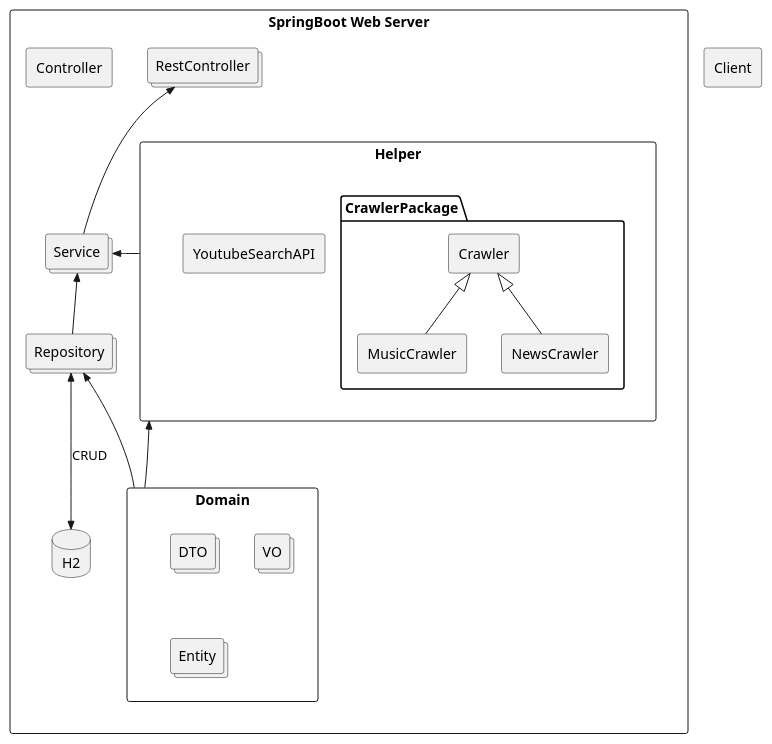
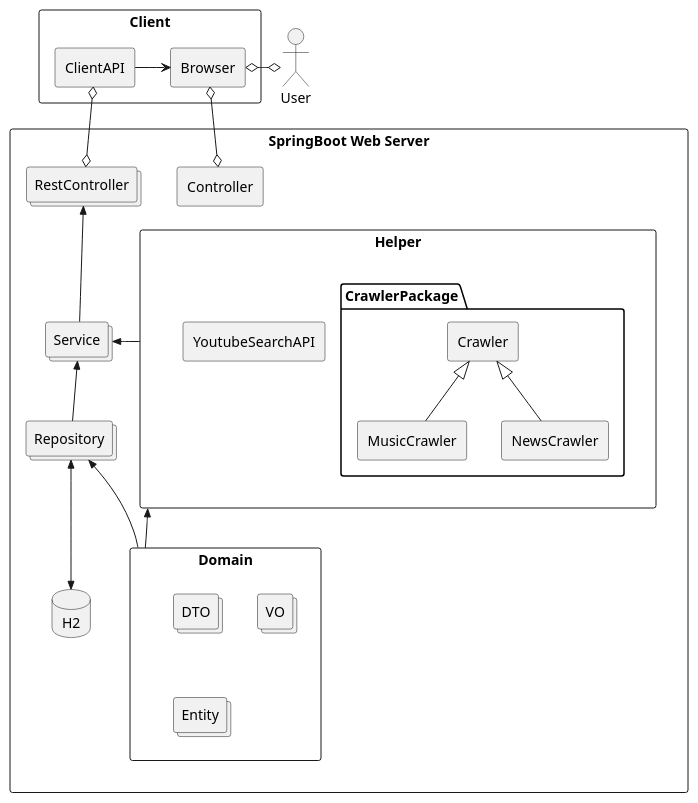
The second of 3 diagrams in docs/Architecture.md (JunilHwang/zum_pilot), drawn with PlantUML before and after one commit. The commit also changed other lines of this file, not shown here.

Commit message:
Client, Server 구조  작성 완료

```diff
--- a/docs/Architecture.md
+++ b/docs/Architecture.md
@@ -36,34 +43,43 @@
 @startuml
 rectangle "SpringBoot Web Server" {
   rectangle Helper {
     rectangle YoutubeSearchAPI as YSA
     package CrawlerPackage {
       rectangle MusicCrawler
       rectangle NewsCrawler
       rectangle Crawler
     }
   }
   rectangle Domain {
     collections DTO
     collections VO
     collections Entity
   }
   collections Service
   collections Repository
   collections RestController
   agent Controller
   database H2
 }
 
-rectangle Client
+rectangle Client {
+  rectangle ClientAPI
+  rectangle Browser
+}
+
+:User:
 
 Crawler <|-- MusicCrawler
 Crawler <|-- NewsCrawler
 RestController <<-- Service
 Service <<-- Repository
-Repository <<-->> H2 : CRUD
+Repository <<-->> H2
 Service <<- Helper 
 Repository <<-- Domain  
 Helper <<- Domain
+Browser o--o Controller
+ClientAPI o--o RestController
+ClientAPI -> Browser
+User o-o Browser
 
 @enduml
```
